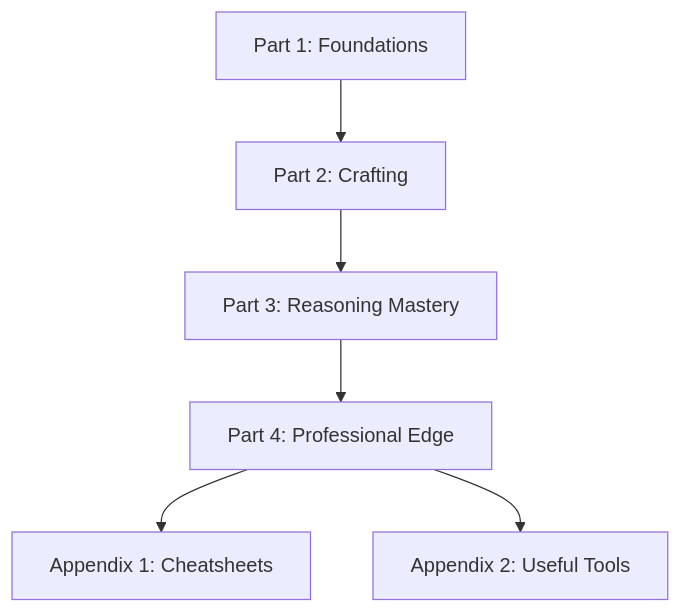
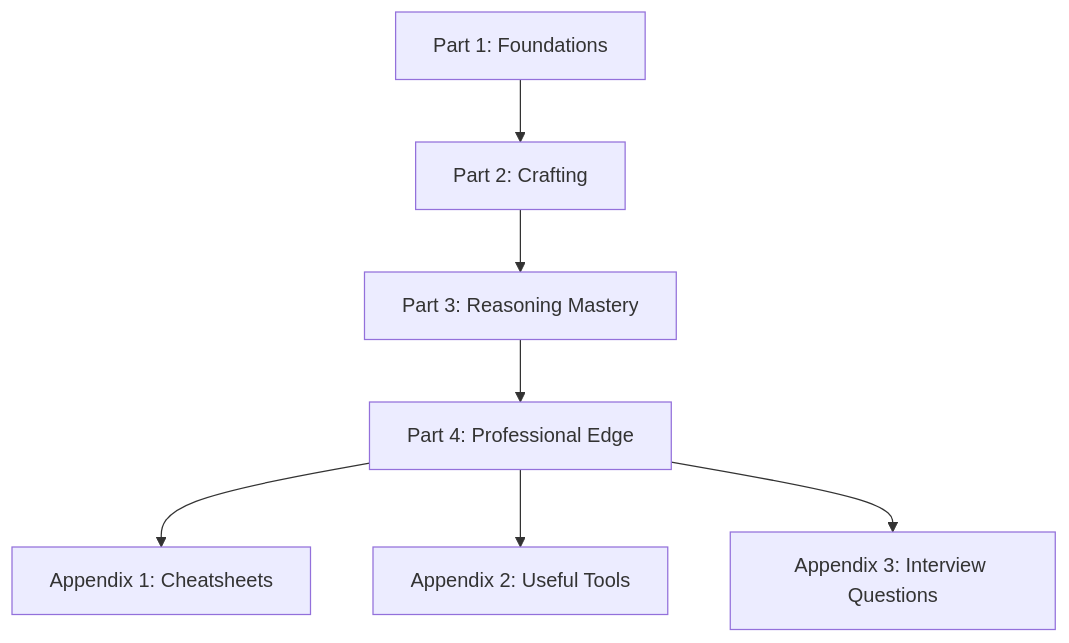
One commit to sehgalrishabh/Gen-AI-Prompt-Engineer-101 changed the first of 2 diagrams in README.md. Above: the diagram before and after it, drawn with Mermaid. The commit also changed other lines of this file and 3 other files, not shown here.

Commit message:
feat: add Appendix 3: Prompt Engineering Interview Questions and update sidebar

````diff
--- a/README.md
+++ b/README.md
@@ -40,8 +40,9 @@
 ```mermaid
 flowchart TD
     P1[Part 1: Foundations] --> P2[Part 2: Crafting]
     P2 --> P3[Part 3: Reasoning Mastery]
     P3 --> P4[Part 4: Professional Edge]
     P4 --> A1[Appendix 1: Cheatsheets]
     P4 --> A2[Appendix 2: Useful Tools]
+    P4 --> A3[Appendix 3: Interview Questions]
 ```
````
